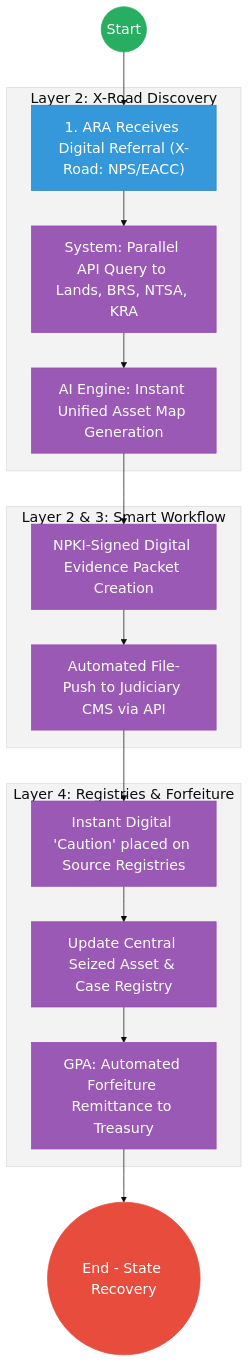
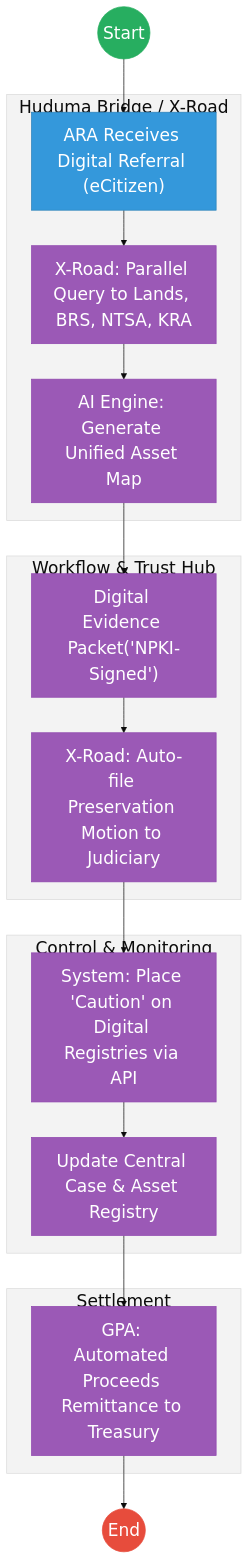
Before and after one commit to BITZ-IT-Consulting-LTD/ictapoc: the second of 2 diagrams in mdas/docs_final/priority_mdas/Assets_Recovery_Agency___Service_Delivery.md, drawn with Mermaid. The commit also changed other lines of this file and 90 other files, not shown here.

````diff
--- a/mdas/docs_final/priority_mdas/Assets_Recovery_Agency___Service_Delivery.md
+++ b/mdas/docs_final/priority_mdas/Assets_Recovery_Agency___Service_Delivery.md
@@ -114,33 +127,35 @@
 ```mermaid
-%%{init: { 'theme': 'base', 'themeVariables': { 'fontSize': '20px', 'fontFamily': 'Inter, system-ui, sans-serif', 'primaryColor': '#ffffff', 'edgeLabelBackground':'#ffffff', 'tertiaryColor': '#f3f3f3', 'mainBkg': '#ffffff', 'nodeBorder': '#333333' } } }%%
-flowchart TD
-    Start((Start)) --> Referral["1. ARA Receives Digital Referral (X-Road: NPS/EACC)"]
+%%{init: { 'theme': 'base', 'themeVariables': { 'fontSize': '24px', 'fontFamily': 'Inter, system-ui, sans-serif', 'primaryColor': '#ffffff', 'edgeLabelBackground':'#ffffff', 'tertiaryColor': '#f3f3f3', 'mainBkg': '#ffffff', 'nodeBorder': '#333333' } } }%%
+graph TD
+    Start((Start)) --> Referral["ARA Receives Digital Referral (eCitizen)"]
     
-    subgraph Trust_Hub["Layer 2: X-Road Discovery"]
-        Referral --> Trace["System: Parallel API Query to Lands, BRS, NTSA, KRA"]
-        Trace --> Map["AI Engine: Instant Unified Asset Map Generation"]
+    subgraph Layer3["Huduma Bridge / X-Road"]
+        Referral --> Trace["X-Road: Parallel Query to Lands, BRS, NTSA, KRA"]
+        Trace --> Map["AI Engine: Generate Unified Asset Map"]
     end
+    
+    subgraph Layer2["Workflow & Trust Hub"]
+        Map --> Evidence["Digital Evidence Packet('NPKI-Signed')"]
+        Evidence --> Judicial_API["X-Road: Auto-file Preservation Motion to Judiciary"]
+    end
+    
+    subgraph Layer4["Control & Monitoring"]
+        Judicial_API --> Freeze["System: Place 'Caution' on Digital Registries via API"]
+        Freeze --> Registry["Update Central Case & Asset Registry"]
+    end
+    
+    subgraph Settlement [Settlement]
+        Registry --> Liquidate["GPA: Automated Proceeds Remittance to Treasury"]
+    end
+    
+    Liquidate --> End((End))
 
-    subgraph Operations["Layer 2 & 3: Smart Workflow"]
-        Map --> Evidence["NPKI-Signed Digital Evidence Packet Creation"]
-        Evidence --> Judicial_API["Automated File-Push to Judiciary CMS via API"]
-    end
-
-    subgraph Settlement["Layer 4: Registries & Forfeiture"]
-        Judicial_API --> Freeze["Instant Digital 'Caution' placed on Source Registries"]
-        Freeze --> Registry["Update Central Seized Asset & Case Registry"]
-        Registry --> Liquidate["GPA: Automated Forfeiture Remittance to Treasury"]
-    end
-
-    Liquidate --> EndProcess(("End - State Recovery"))
-
-    classDef start fill:#27ae60,stroke:#27ae60,color:#fff,font-size:20px;;
-    classDef endNode fill:#e74c3c,stroke:#e74c3c,color:#fff,font-size:20px;;
-    classDef userTask fill:#3498db,stroke:#2980b9,color:#fff,font-size:20px;;
-    classDef serviceTask fill:#9b59b6,stroke:#8e44ad,color:#fff,font-size:20px;;
-    
+    classDef start fill:#27ae60,stroke:#27ae60,color:#fff,font-size:24px,font-size:24px;;
+    classDef endNode fill:#e74c3c,stroke:#e74c3c,color:#fff,font-size:24px,font-size:24px;;
+    classDef userTask fill:#3498db,stroke:#2980b9,color:#fff,font-size:24px,font-size:24px;;
+    classDef serviceTask fill:#9b59b6,stroke:#8e44ad,color:#fff,font-size:24px,font-size:24px;;
     class Start start;
-    class EndProcess endNode;
+    class End endNode;
     class Referral userTask;
     class Trace,Map,Evidence,Judicial_API,Freeze,Registry,Liquidate serviceTask;
 ```
````
